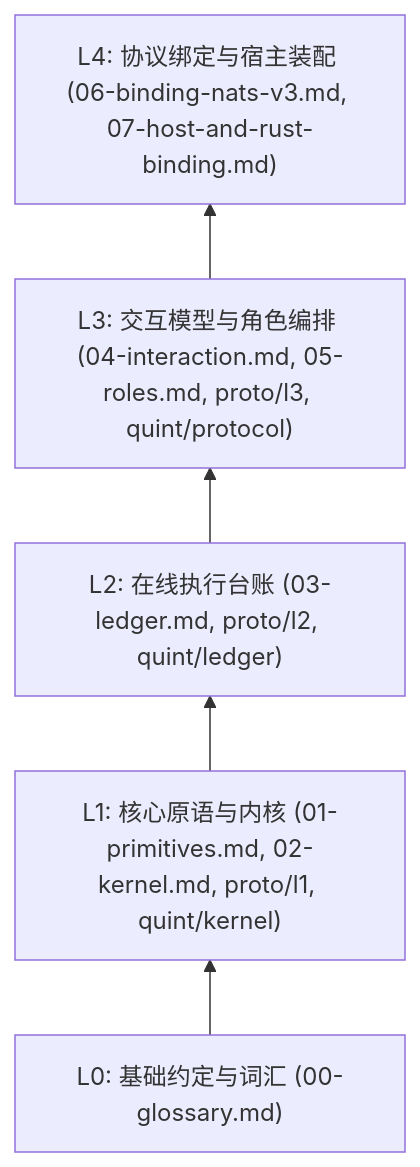
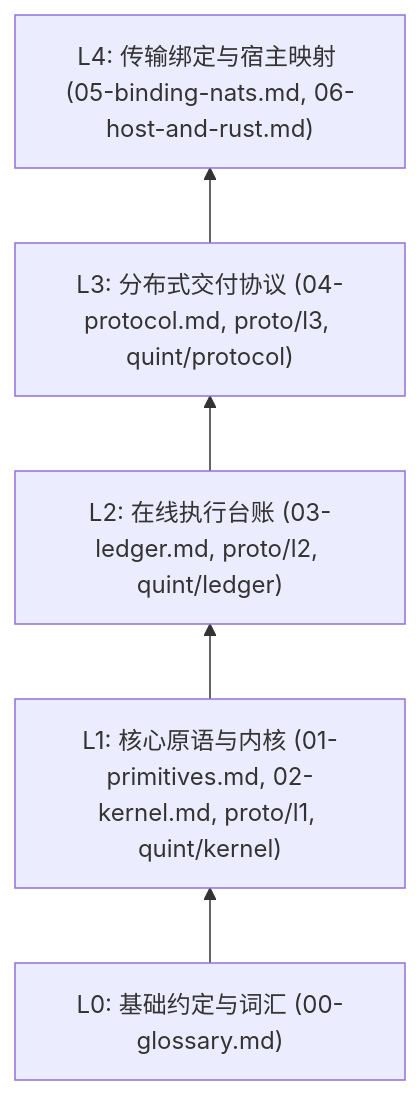
One commit to Everfold/Beamlet changed the second of 2 diagrams in spec/README.md. Above: the diagram before and after it, drawn with Mermaid. The commit also changed other lines of this file and 13 other files, not shown here.

````diff
--- a/spec/README.md
+++ b/spec/README.md
@@ -31,10 +31,10 @@
 ```mermaid
 flowchart BT
     L0["L0: 基础约定与词汇 (00-glossary.md)"]
     L1["L1: 核心原语与内核 (01-primitives.md, 02-kernel.md, proto/l1, quint/kernel)"]
     L2["L2: 在线执行台账 (03-ledger.md, proto/l2, quint/ledger)"]
-    L3["L3: 交互模型与角色编排 (04-interaction.md, 05-roles.md, proto/l3, quint/protocol)"]
-    L4["L4: 协议绑定与宿主装配 (06-binding-nats-v3.md, 07-host-and-rust-binding.md)"]
+    L3["L3: 分布式交付协议 (04-protocol.md, proto/l3, quint/protocol)"]
+    L4["L4: 传输绑定与宿主映射 (05-binding-nats.md, 06-host-and-rust.md)"]
 
     L0 --> L1 --> L2 --> L3 --> L4
 ```
````
